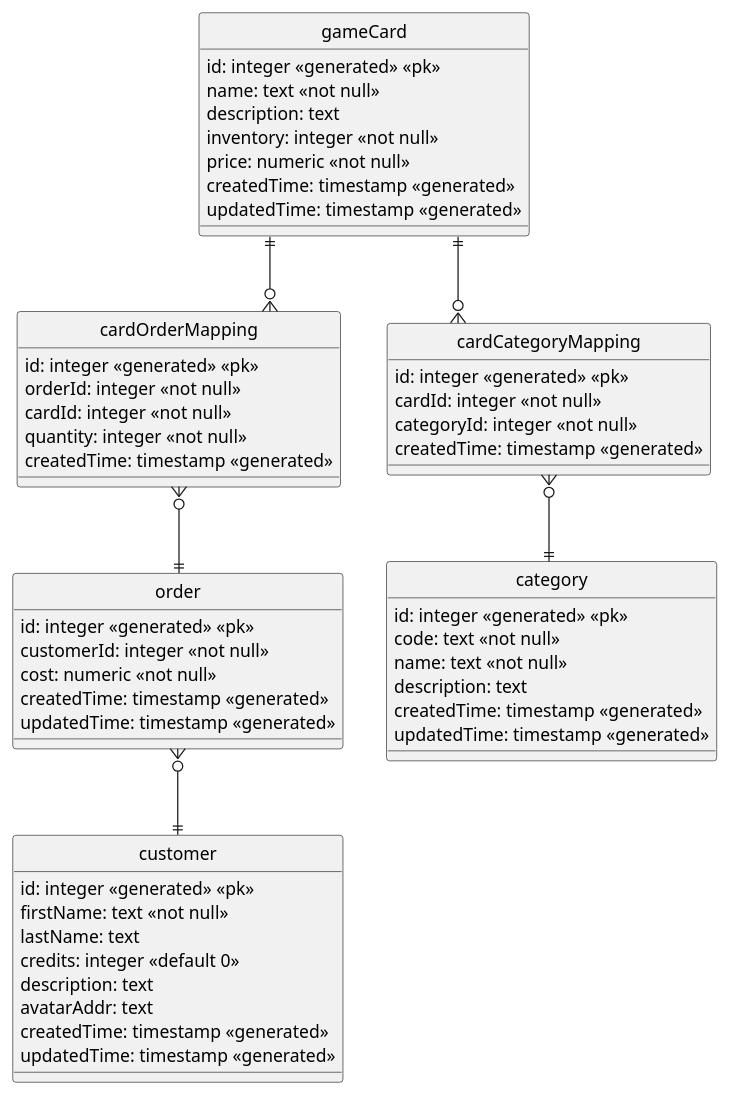
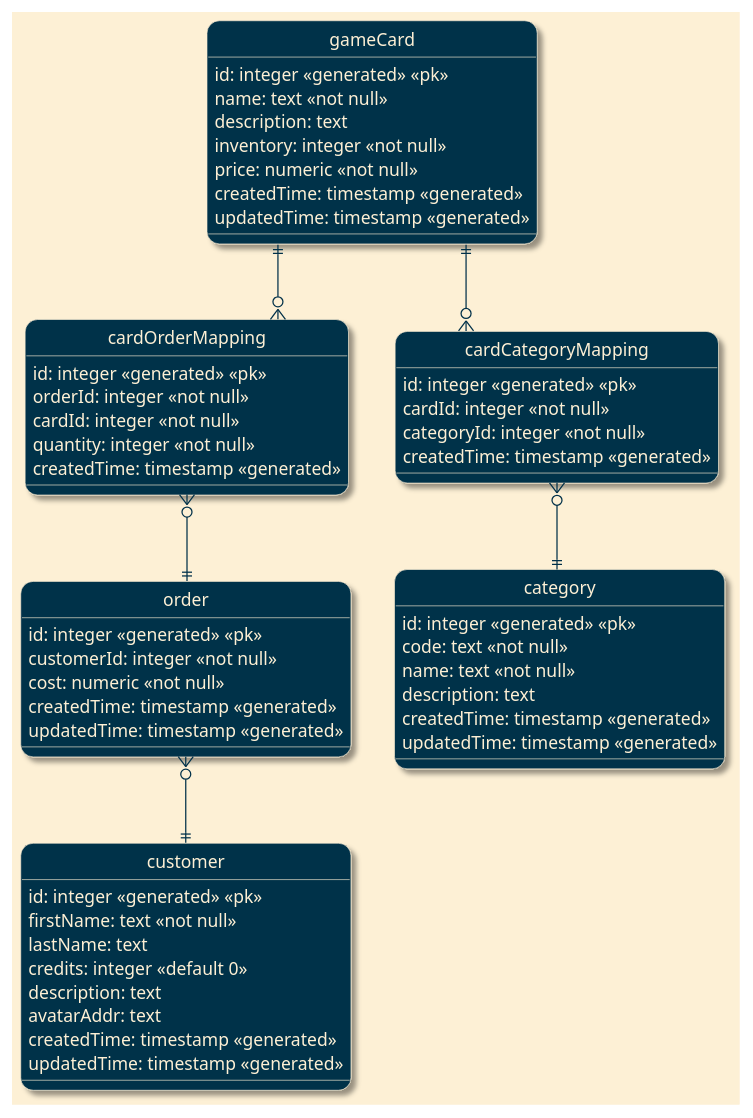
One commit to feolive/game-card-rental changed the diagram in entities.puml. Above: the diagram before and after it, drawn with PlantUML. The commit also changed 1 other file, not shown here.

```diff
--- a/entities.puml
+++ b/entities.puml
@@ -1,64 +1,75 @@
 @startuml game card rental entities
 hide circle
 skinparam linetype ortho
+skinparam backgroundColor #fdf0d5
+skinparam roundcorner 20
+skinparam shadowing true
+skinparam class {
+    backgroundColor #003049
+    arrowColor #003049
+    borderColor #fdf0d5
+    fontColor #fdf0d5
+    attributeFontColor #fdf0d5
+}
+
 entity customer {
     id: integer <<generated>> <<pk>>
     firstName: text <<not null>>
     lastName: text
     credits: integer <<default 0>>
     description: text
     avatarAddr: text
     createdTime: timestamp <<generated>>
     updatedTime: timestamp <<generated>>
 }
 
 entity gameCard {
     id: integer <<generated>> <<pk>>
     name: text <<not null>>
     description: text
     inventory: integer <<not null>>
     price: numeric <<not null>>
     createdTime: timestamp <<generated>>
     updatedTime: timestamp <<generated>>
 }
 
 entity order {
     id: integer <<generated>> <<pk>>
     customerId: integer <<not null>>
     cost: numeric <<not null>>
     createdTime: timestamp <<generated>>
     updatedTime: timestamp <<generated>>
 }
 
 entity cardOrderMapping {
     id: integer <<generated>> <<pk>>
     orderId: integer <<not null>>
     cardId: integer <<not null>>
     quantity: integer <<not null>>
     createdTime: timestamp <<generated>>
 }
 
 entity cardCategoryMapping {
     id: integer <<generated>> <<pk>>
     cardId: integer <<not null>>
     categoryId: integer <<not null>>
     createdTime: timestamp <<generated>>
 }
 
 entity category {
     id: integer <<generated>> <<pk>>
     code: text <<not null>>
     name: text <<not null>>
     description: text
     createdTime: timestamp <<generated>>
     updatedTime: timestamp <<generated>>
 }
 
 order }o--|| customer
 gameCard ||--o{ cardOrderMapping
 cardOrderMapping }o--|| order
 gameCard ||--o{ cardCategoryMapping
 cardCategoryMapping }o--|| category
 
 
 @enduml
```
